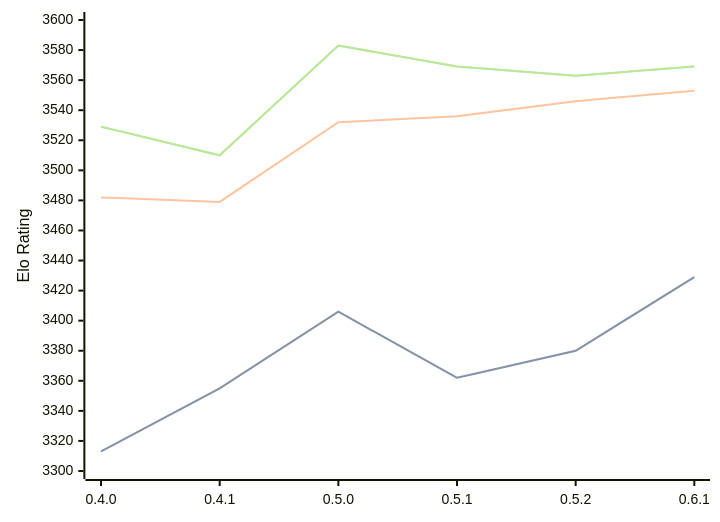
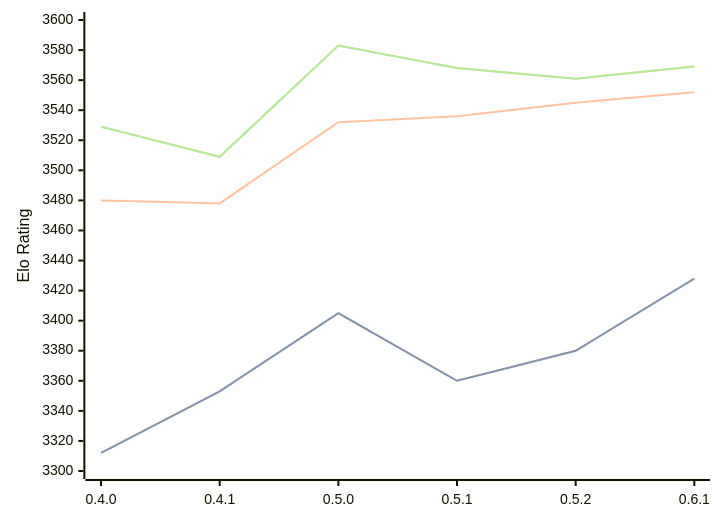
The diagram in engines/Cinder.md (computer-chess-index/cci), drawn with Mermaid before and after one commit. The commit also changed other lines of this file, not shown here.

Commit message:
Update CCI Ratings (ELO VLTC) - 2026-09-01

````diff
--- a/engines/Cinder.md
+++ b/engines/Cinder.md
@@ -37,11 +37,11 @@
 ```mermaid
 %%{init: {"theme":"base","themeVariables":{"seriesColors:['#a3a3a3','#222221','#faa371']}}}%%
 xychart-beta
   x-axis ["0.4.0", "0.4.1", "0.5.0", "0.5.1", "0.5.2", "0.6.1"]
   y-axis "Elo Rating" 3300 --> 3600
-  line "" [3313, 3355, 3406, 3362, 3380, 3429]
-  line "STC (8.0+0.08s)" [3313, 3355, 3406, 3362, 3380, 3429]
-  line "LTC (60.0+0.60s)" [3482, 3479, 3532, 3536, 3546, 3553]
-  line "" [3529, 3510, 3583, 3569, 3563, 3569]
-  line "VLTC (2m24s+1.12s)" [3529, 3510, 3583, 3569, 3563, 3569]
+  line "" [3312, 3353, 3405, 3360, 3380, 3428]
+  line "STC (8.0+0.08s)" [3312, 3353, 3405, 3360, 3380, 3428]
+  line "LTC (60.0+0.60s)" [3480, 3478, 3532, 3536, 3545, 3552]
+  line "" [3529, 3509, 3583, 3568, 3561, 3569]
+  line "VLTC (2m24s+1.12s)" [3529, 3509, 3583, 3568, 3561, 3569]
 ```
````
